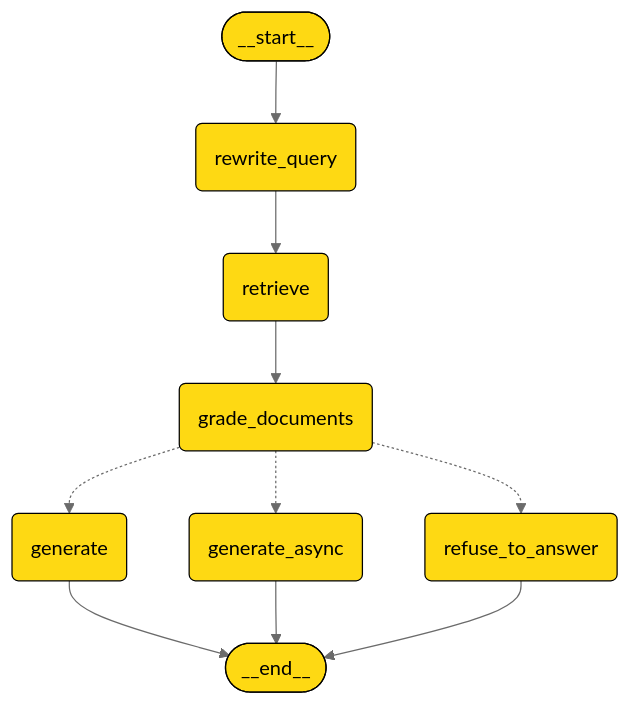
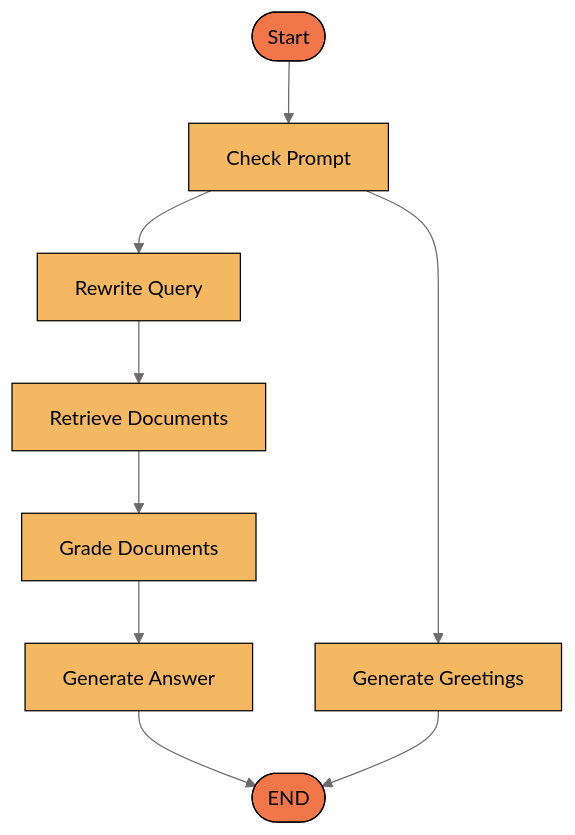
One commit to flowx-ai/flowx-docs changed the diagram in 4.7.x/docs/platform-deep-dive/ai-core/ai-assistant.mdx. Above: the diagram before and after it, drawn with Mermaid. The commit also changed other lines of this file and 5 other files, not shown here.

````diff
--- a/4.7.x/docs/platform-deep-dive/ai-core/ai-assistant.mdx
+++ b/4.7.x/docs/platform-deep-dive/ai-core/ai-assistant.mdx
@@ -75,33 +68,37 @@
 ```mermaid 
 %%{
   init: {
     'theme': 'base',
     'themeVariables': {
-      'primaryColor': '#fed913',
+      'primaryColor': '#f1774a',
       'primaryTextColor': '#000',
       'primaryBorderColor': '#000',
       'lineColor': '#6b6b6b',
-      'secondaryColor': '#fff',
+      'secondaryColor': '#f3b861',
       'tertiaryColor': '#000'
     }
   }
 }%%
 graph TD;
-    __start__([__start__]):::first
-    rewrite_query(rewrite_query)
-    retrieve(retrieve)
-    generate(generate)
-    generate_async(generate_async)
-    grade_documents(grade_documents)
-    refuse_to_answer(refuse_to_answer)
-    __end__([__end__]):::last
-    __start__ --> rewrite_query;
-    generate --> __end__;
-    generate_async --> __end__;
-    refuse_to_answer --> __end__;
-    retrieve --> grade_documents;
-    rewrite_query --> retrieve;
-    grade_documents -.-> generate;
-    grade_documents -.-> generate_async;
-    grade_documents -.-> refuse_to_answer;
+    Start([Start]):::primary
+    Check_Prompt[Check Prompt]:::secondary
+    Rewrite_Query[Rewrite Query]:::secondary
+    Retrieve_Documents[Retrieve Documents]:::secondary
+    Grade_Documents[Grade Documents]:::secondary
+    Generate_Answer[Generate Answer]:::secondary
+    Generate_Greetings[Generate Greetings]:::secondary
+    END([END]):::primary
+    
+    Start --> Check_Prompt;
+    Check_Prompt --> Rewrite_Query;
+    Check_Prompt --> Generate_Greetings;
+    Rewrite_Query --> Retrieve_Documents;
+    Retrieve_Documents --> Grade_Documents;
+    Grade_Documents --> Generate_Answer;
+    Generate_Answer --> END;
+    Generate_Greetings --> END;
+    
+    %% Styling
+    classDef primary fill:#f1774a,stroke:#000,stroke-width:1px,color:#000;
+    classDef secondary fill:#f3b861,stroke:#000,stroke-width:1px,color:#000;
 ```
````
